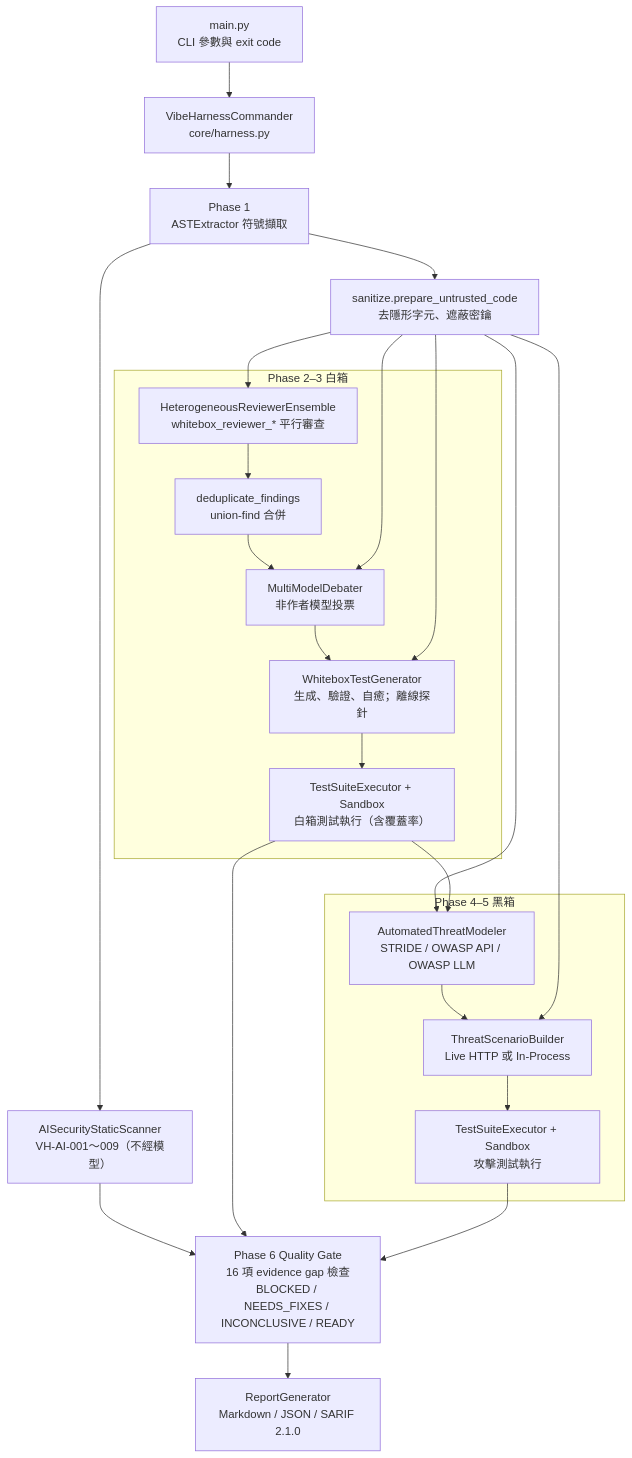
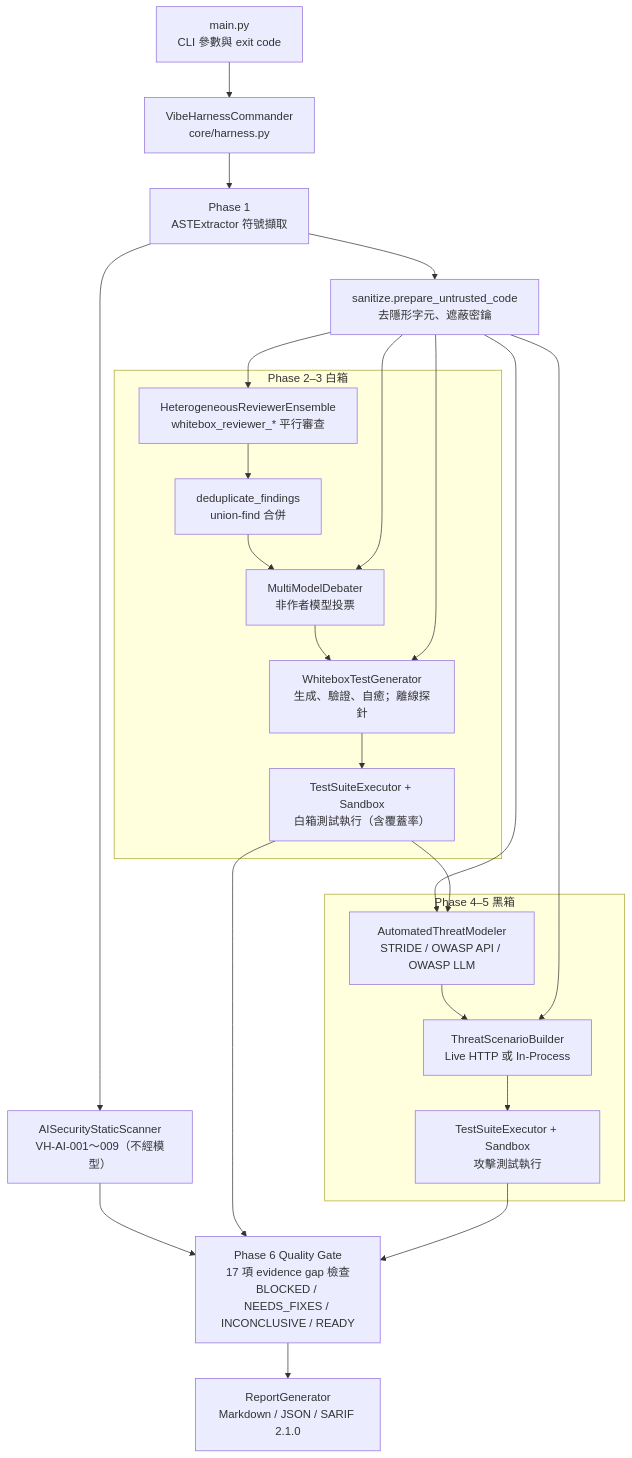
The first of 3 diagrams in docs/design.md (chinchiang/MultiAgentGama), drawn with Mermaid before and after one commit. The commit also changed other lines of this file and 18 other files, not shown here.

````diff
--- a/docs/design.md
+++ b/docs/design.md
@@ -43,34 +43,34 @@
 ```mermaid
 flowchart TD
     CLI["main.py<br/>CLI 參數與 exit code"] --> CMD["VibeHarnessCommander<br/>core/harness.py"]
     CMD --> P1["Phase 1<br/>ASTExtractor 符號擷取"]
     P1 --> SAST["AISecurityStaticScanner<br/>VH-AI-001～009（不經模型）"]
     P1 --> SAN["sanitize.prepare_untrusted_code<br/>去隱形字元、遮蔽密鑰"]
 
     subgraph WB ["Phase 2–3 白箱"]
         REV["HeterogeneousReviewerEnsemble<br/>whitebox_reviewer_* 平行審查"]
         DEDUP["deduplicate_findings<br/>union-find 合併"]
         DEB["MultiModelDebater<br/>非作者模型投票"]
         GEN["WhiteboxTestGenerator<br/>生成、驗證、自癒；離線探針"]
         EXE1["TestSuiteExecutor + Sandbox<br/>白箱測試執行（含覆蓋率）"]
         REV --> DEDUP --> DEB --> GEN --> EXE1
     end
 
     subgraph BB ["Phase 4–5 黑箱"]
         TM["AutomatedThreatModeler<br/>STRIDE / OWASP API / OWASP LLM"]
         ATK["ThreatScenarioBuilder<br/>Live HTTP 或 In-Process"]
         EXE2["TestSuiteExecutor + Sandbox<br/>攻擊測試執行"]
         TM --> ATK --> EXE2
     end
 
     SAN --> REV
     SAN --> DEB
     SAN --> GEN
     SAN --> TM
     SAN --> ATK
     EXE1 --> TM
     SAST --> GATE
     EXE1 --> GATE
-    EXE2 --> GATE["Phase 6 Quality Gate<br/>16 項 evidence gap 檢查<br/>BLOCKED / NEEDS_FIXES / INCONCLUSIVE / READY"]
+    EXE2 --> GATE["Phase 6 Quality Gate<br/>17 項 evidence gap 檢查<br/>BLOCKED / NEEDS_FIXES / INCONCLUSIVE / READY"]
     GATE --> OUT["ReportGenerator<br/>Markdown / JSON / SARIF 2.1.0"]
 ```
````
